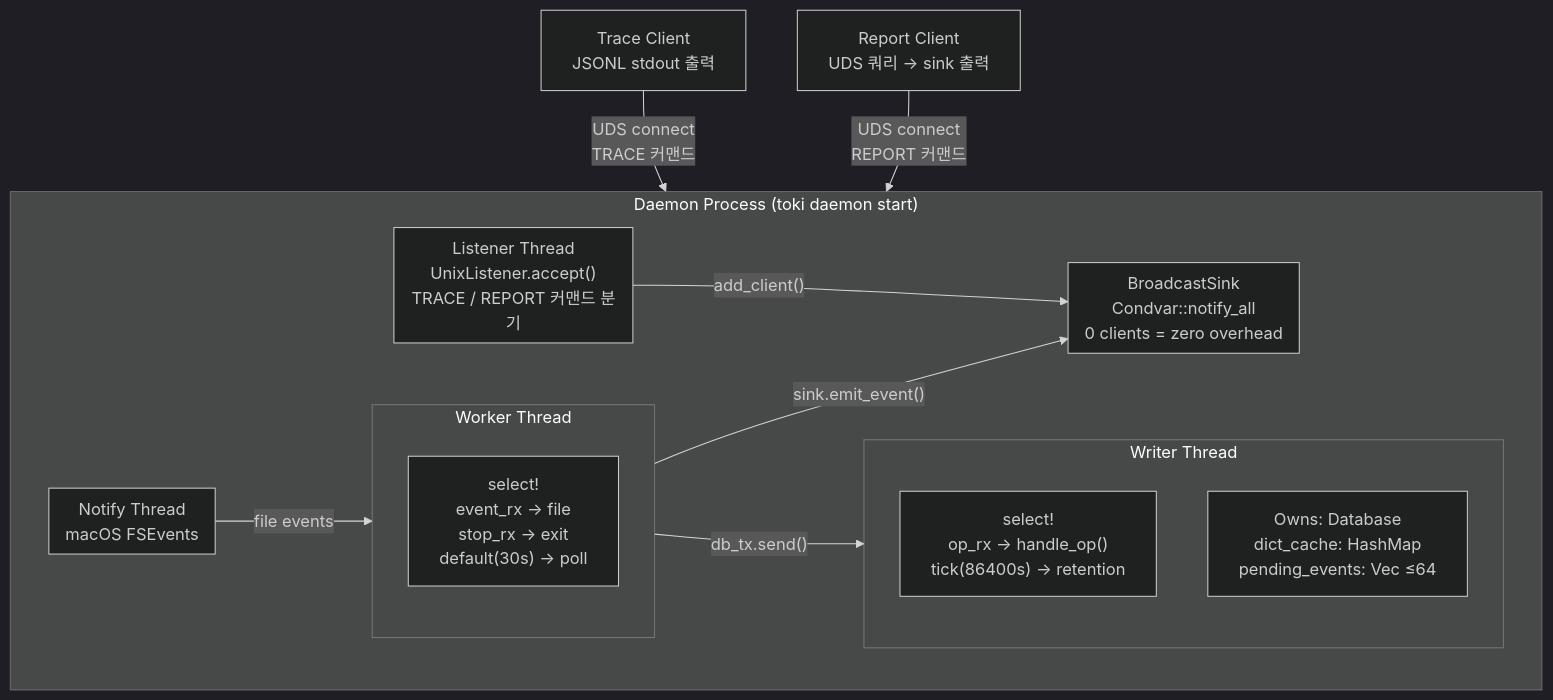
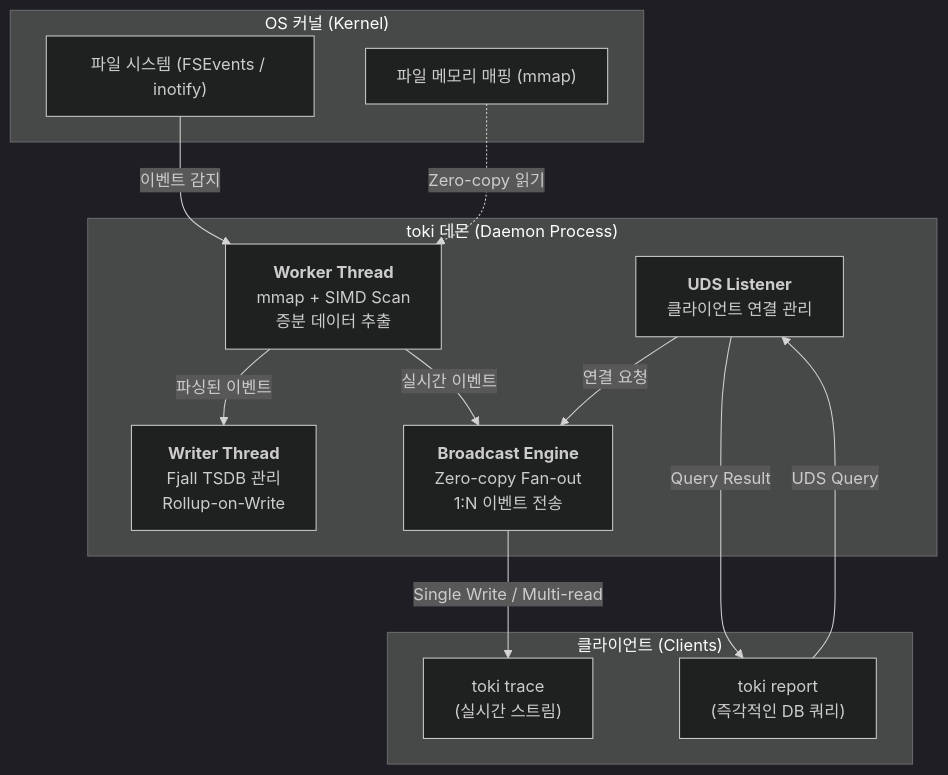
Before and after one commit to korjwl1/toki: the first of 2 diagrams in docs/DESIGN.ko.md, drawn with Mermaid (dark theme). The commit also changed other lines of this file and 13 other files, not shown here.

````diff
--- a/docs/DESIGN.ko.md
+++ b/docs/DESIGN.ko.md
@@ -12,30 +11,28 @@
 ```mermaid
 graph TD
-    subgraph Daemon["Daemon Process (toki daemon start)"]
-        subgraph Worker["Worker Thread"]
-            W_select["select!<br/>event_rx → file<br/>stop_rx → exit<br/>default(30s) → poll"]
-        end
-
-        subgraph Writer["Writer Thread"]
-            Wr_select["select!<br/>op_rx → handle_op()<br/>tick(86400s) → retention"]
-            Wr_db["Owns: Database<br/>dict_cache: HashMap<br/>pending_events: Vec ≤64"]
-        end
-
-        subgraph Notify["Notify Thread<br/>macOS FSEvents"]
-        end
-
-        subgraph Broadcast["BroadcastSink<br/>Condvar::notify_all<br/>0 clients = zero overhead"]
-        end
-
-        subgraph Listener["Listener Thread<br/>UnixListener.accept()<br/>TRACE / REPORT 커맨드 분기"]
-        end
+    subgraph OS_Kernel["OS 커널 (Kernel)"]
+        FS["파일 시스템 (FSEvents / inotify)"]
+        MMAP["파일 메모리 매핑 (mmap)"]
     end
 
-    Notify -->|"file events"| Worker
-    Worker -->|"db_tx.send()"| Writer
-    Worker -->|"sink.emit_event()"| Broadcast
-    Listener -->|"add_client()"| Broadcast
+    subgraph Daemon["toki 데몬 (Daemon Process)"]
+        Worker["<b>Worker Thread</b><br/>mmap + SIMD Scan<br/>증분 데이터 추출"]
+        Writer["<b>Writer Thread</b><br/>Fjall TSDB 관리<br/>Rollup-on-Write"]
+        Broadcast["<b>Broadcast Engine</b><br/>Zero-copy Fan-out<br/>1:N 이벤트 전송"]
+        Listener["<b>UDS Listener</b><br/>클라이언트 연결 관리"]
+    end
 
-    TraceClient["Trace Client<br/>JSONL stdout 출력"] -->|"UDS connect<br/>TRACE 커맨드"| Daemon
-    ReportClient["Report Client<br/>UDS 쿼리 → sink 출력"] -->|"UDS connect<br/>REPORT 커맨드"| Daemon
+    subgraph Clients["클라이언트 (Clients)"]
+        Trace["toki trace<br/>(실시간 스트림)"]
+        Report["toki report<br/>(즉각적인 DB 쿼리)"]
+    end
+
+    FS -->|이벤트 감지| Worker
+    MMAP -.->|Zero-copy 읽기| Worker
+    Worker -->|파싱된 이벤트| Writer
+    Worker -->|실시간 이벤트| Broadcast
+    Broadcast -->|Single Write / Multi-read| Trace
+    Listener -->|연결 요청| Broadcast
+    Report -->|UDS Query| Listener
+    Listener -->|Query Result| Report
 ```
````
